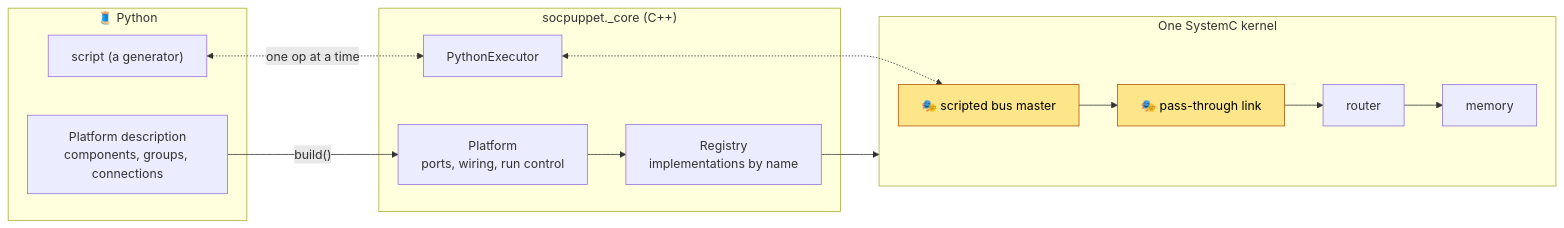
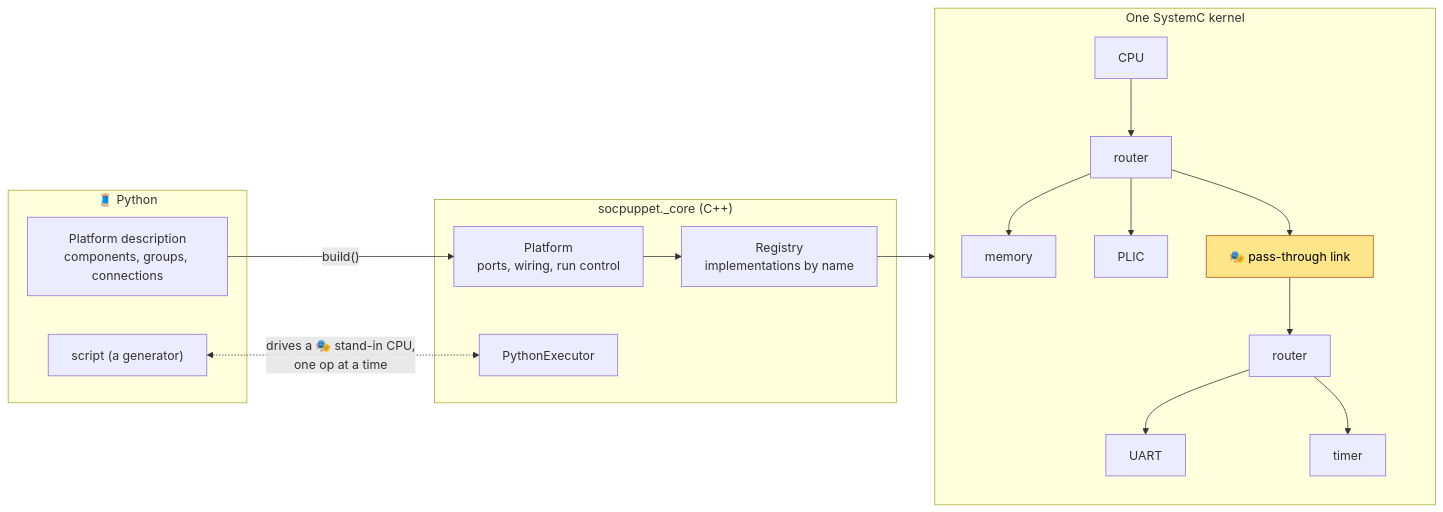
Before and after one commit to cphurley82/socpuppet: the first of 2 diagrams in docs/architecture.md, drawn with Mermaid. The commit also changed other lines of this file and 5 other files, not shown here.

````diff
--- a/docs/architecture.md
+++ b/docs/architecture.md
@@ -9,27 +9,35 @@
 ```mermaid
 flowchart LR
     subgraph py["🧵 Python"]
         desc["Platform description<br/>components, groups, connections"]
         script["script (a generator)"]
     end
     subgraph core["socpuppet._core (C++)"]
         reg["Registry<br/>implementations by name"]
         plat["Platform<br/>ports, wiring, run control"]
         exec["PythonExecutor"]
     end
     subgraph sim["One SystemC kernel"]
-        cpu["🎭 scripted bus master"]
-        link["🎭 pass-through link"]
+        cpu["CPU"]
         bus["router"]
         ram["memory"]
-        cpu --> link --> bus --> ram
+        plic["PLIC"]
+        link["🎭 pass-through link"]
+        iobus["router"]
+        uart["UART"]
+        timer["timer"]
+        cpu --> bus
+        bus --> ram
+        bus --> plic
+        bus --> link --> iobus
+        iobus --> uart
+        iobus --> timer
     end
     desc -- "build()" --> plat
     plat --> reg
     reg --> sim
-    script <-. "one op at a time" .-> exec
-    exec <-.-> cpu
+    script <-. "drives a 🎭 stand-in CPU,<br/>one op at a time" .-> exec
 
     classDef standin fill:#fde68a,stroke:#b45309,color:#000
-    class cpu,link standin
+    class link standin
 ```
````
